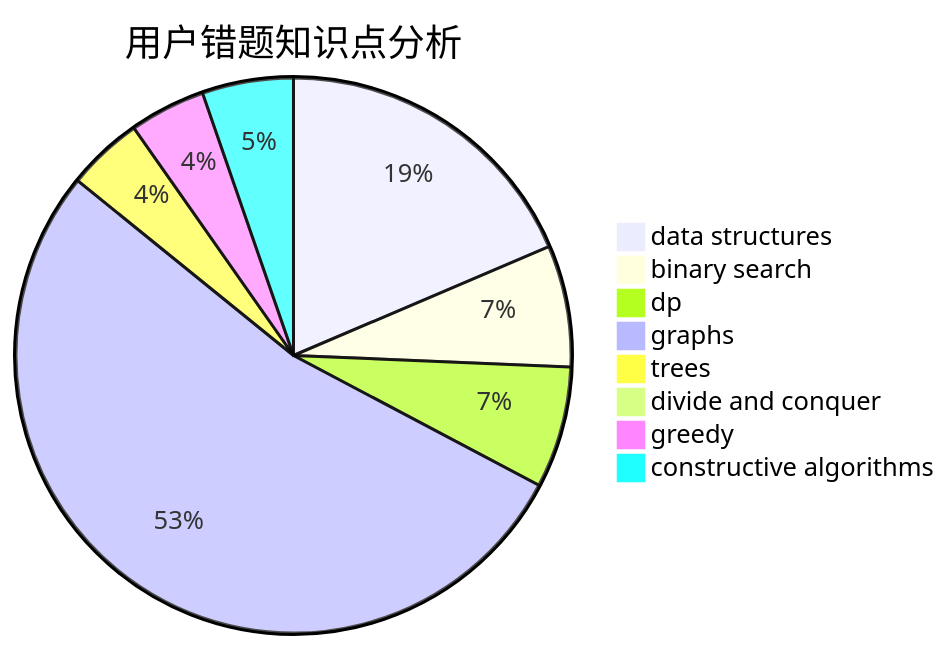
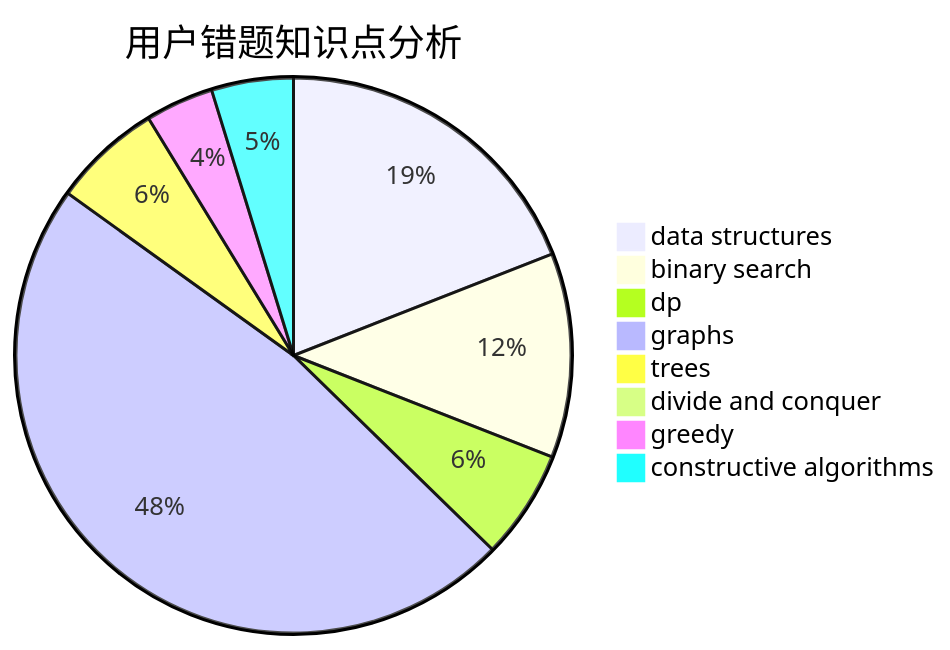
One commit to sherpahu/cfrs.github.io changed the third of 3 diagrams in docs/user/u1187.md. Above: the diagram before and after it, drawn with Mermaid. The commit also changed other lines of this file and 2770 other files, not shown here.

````diff
--- a/docs/user/u1187.md
+++ b/docs/user/u1187.md
@@ -36,11 +36,11 @@
 ```mermaid
 pie title 用户错题知识点分析
-    "data structures" :  21
-    "binary search" :  8
+    "data structures" :  24
+    "binary search" :  15
     "dp" :  8
     "graphs" :  60
-    "trees" :  5
+    "trees" :  8
     "divide and conquer" :  0
     "greedy" :  5
     "constructive algorithms" :  6
 ```
````
